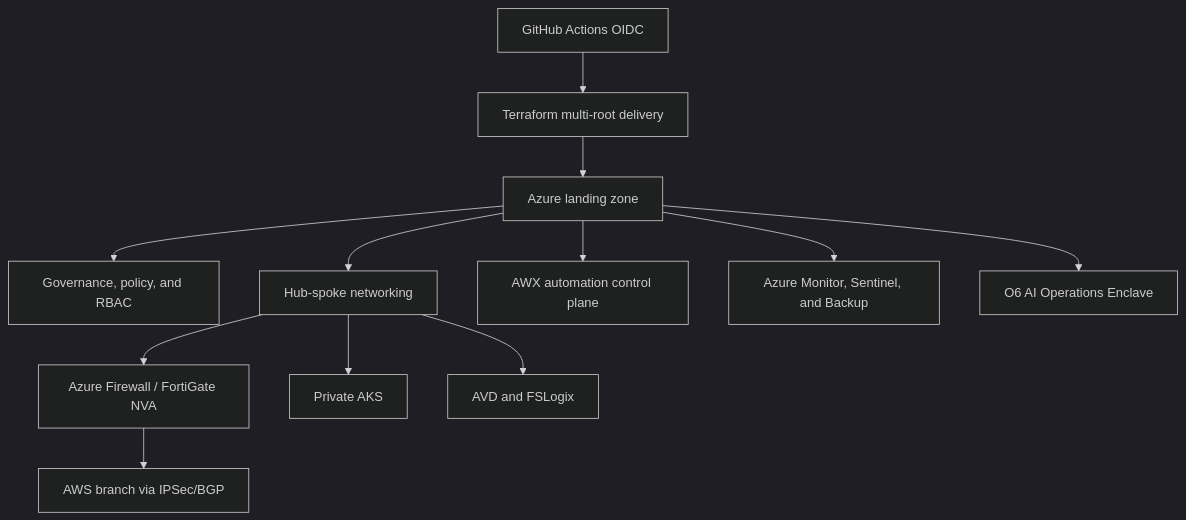
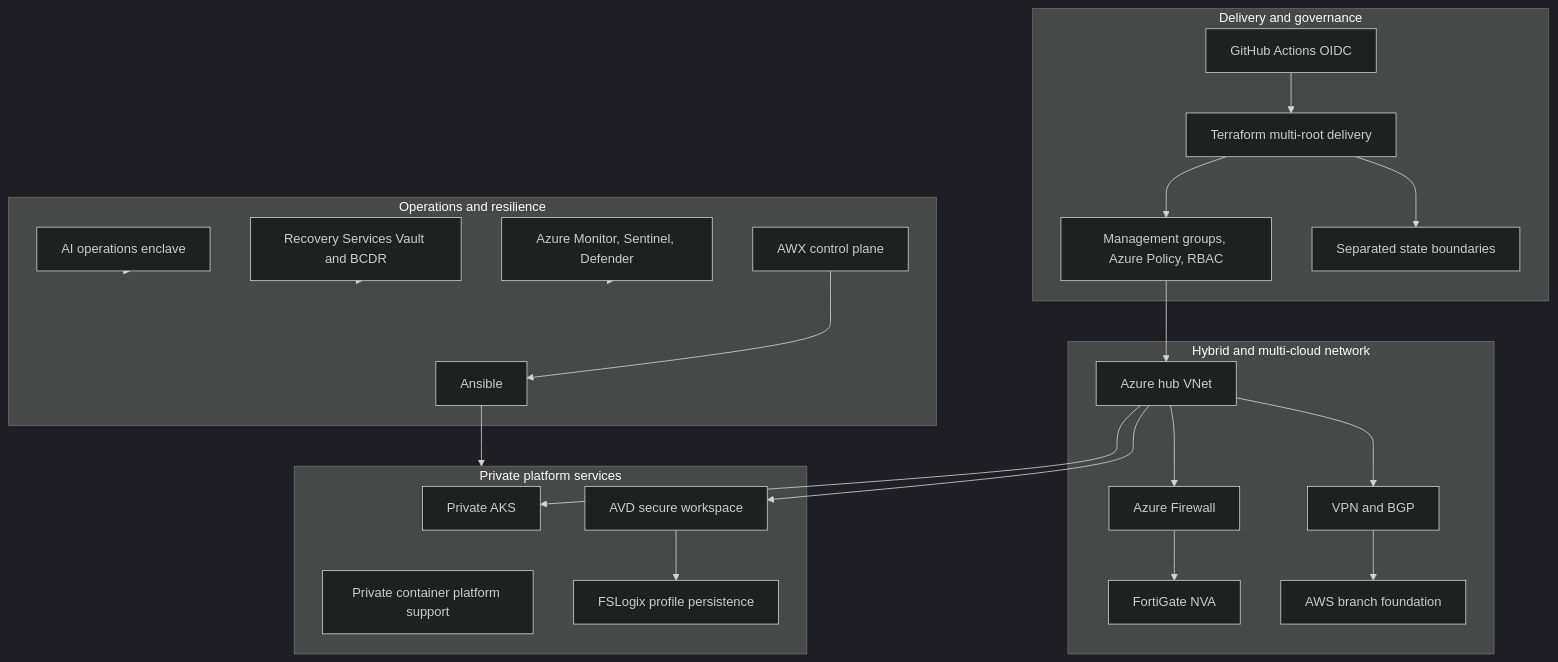
One commit to jrikobd-azaws/azawslab-enterprise-hybrid-security changed the diagram in site/releases/release2.md. Above: the diagram before and after it, drawn with Mermaid (dark theme). The commit also changed other lines of this file and 3 other files, not shown here.

````diff
--- a/site/releases/release2.md
+++ b/site/releases/release2.md
@@ -11,14 +29,49 @@
 ```mermaid
-flowchart TB
-    GH["GitHub Actions OIDC"] --> TF["Terraform multi-root delivery"]
-    TF --> LZ["Azure landing zone"]
-    LZ --> Gov["Governance, policy, and RBAC"]
-    LZ --> Net["Hub-spoke networking"]
-    Net --> Inspect["Azure Firewall / FortiGate NVA"]
-    Inspect --> AWS["AWS branch via IPSec/BGP"]
-    Net --> AKS["Private AKS"]
-    Net --> AVD["AVD and FSLogix"]
-    LZ --> AWX["AWX automation control plane"]
-    LZ --> Ops["Azure Monitor, Sentinel, and Backup"]
-    LZ --> O6["O6 AI Operations Enclave"]
+flowchart TD
+    subgraph Delivery["Delivery and governance"]
+        GH["GitHub Actions OIDC"]
+        TF["Terraform multi-root delivery"]
+        GOV["Management groups, Azure Policy, RBAC"]
+        STATE["Separated state boundaries"]
+    end
+
+    subgraph Network["Hybrid and multi-cloud network"]
+        HUB["Azure hub VNet"]
+        AFW["Azure Firewall"]
+        FGT["FortiGate NVA"]
+        VPN["VPN and BGP"]
+        AWS["AWS branch foundation"]
+    end
+
+    subgraph Platform["Private platform services"]
+        AKS["Private AKS"]
+        ACR["Private container platform support"]
+        AVD["AVD secure workspace"]
+        FSLOGIX["FSLogix profile persistence"]
+    end
+
+    subgraph Operations["Operations and resilience"]
+        ANSIBLE["Ansible"]
+        AWX["AWX control plane"]
+        MON["Azure Monitor, Sentinel, Defender"]
+        BCDR["Recovery Services Vault and BCDR"]
+        O6["AI operations enclave"]
+    end
+
+    GH --> TF
+    TF --> GOV
+    TF --> STATE
+    GOV --> HUB
+    HUB --> AFW
+    AFW --> FGT
+    HUB --> VPN
+    VPN --> AWS
+    HUB --> AKS
+    HUB --> AVD
+    AVD --> FSLOGIX
+    AWX --> ANSIBLE
+    ANSIBLE --> Platform
+    MON --> Operations
+    BCDR --> Operations
+    O6 --> Operations
 ```
````
